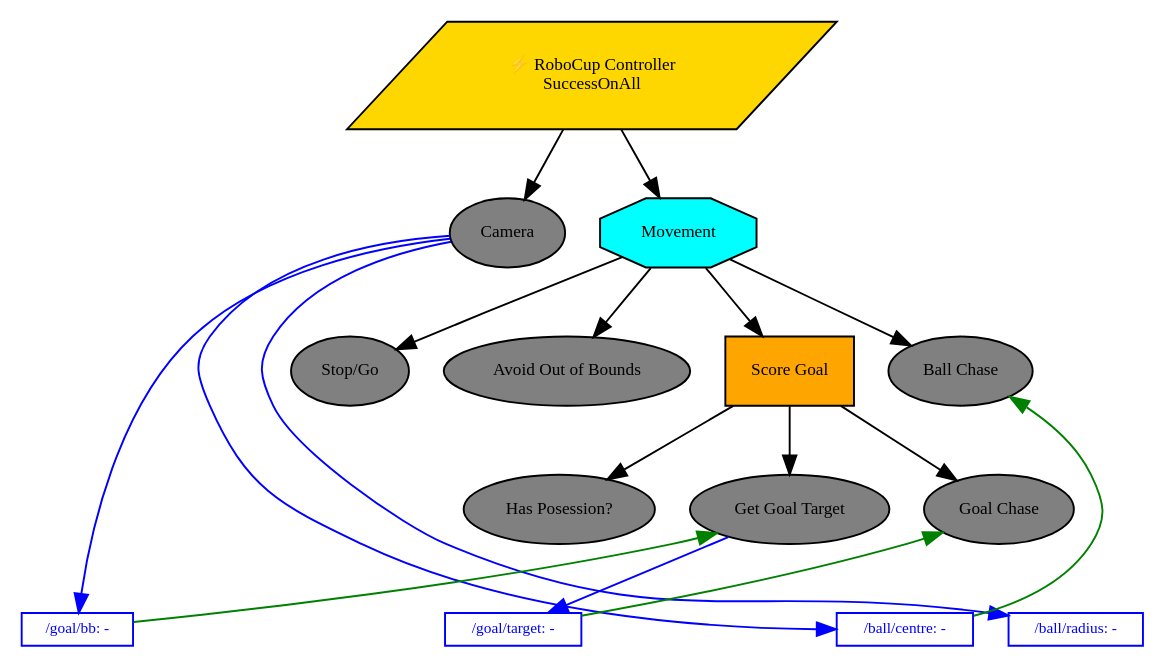
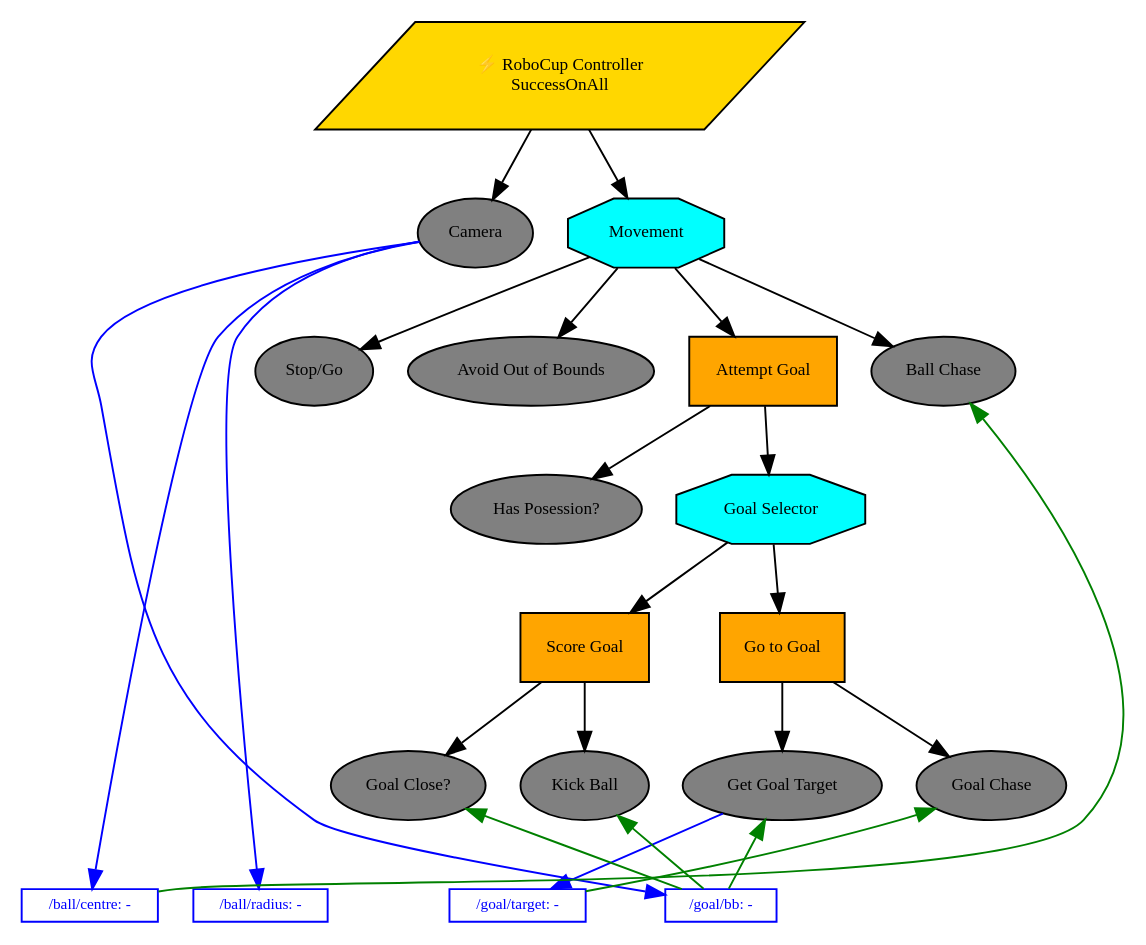
The diagram in controller/robocup_controller.dot (debater-coder/robocup-26), drawn with Graphviz before and after one commit. The commit also changed 5 other files, not shown here.

First line of the commit message:
feat: kick the ball when close to the goal

```diff
--- a/controller/robocup_controller.dot
+++ b/controller/robocup_controller.dot
@@ -1,41 +1,53 @@
 digraph pastafarianism {
 ordering=out;
 graph [fontname="times-roman"];
 node [fontname="times-roman"];
 edge [fontname="times-roman"];
 "RoboCup Controller" [label="⚡ RoboCup Controller\nSuccessOnAll", shape=parallelogram, style=filled, fillcolor=gold, fontsize=9, fontcolor=black];
 Camera [label=Camera, shape=ellipse, style=filled, fillcolor=gray, fontsize=9, fontcolor=black];
 "RoboCup Controller" -> Camera;
 Movement [label=Movement, shape=octagon, style=filled, fillcolor=cyan, fontsize=9, fontcolor=black];
 "RoboCup Controller" -> Movement;
 "Stop/Go" [label="Stop/Go", shape=ellipse, style=filled, fillcolor=gray, fontsize=9, fontcolor=black];
 Movement -> "Stop/Go";
 "Avoid Out of Bounds" [label="Avoid Out of Bounds", shape=ellipse, style=filled, fillcolor=gray, fontsize=9, fontcolor=black];
 Movement -> "Avoid Out of Bounds";
+"Attempt Goal" [label="Attempt Goal", shape=box, style=filled, fillcolor=orange, fontsize=9, fontcolor=black];
+Movement -> "Attempt Goal";
+"Has Posession?" [label="Has Posession?", shape=ellipse, style=filled, fillcolor=gray, fontsize=9, fontcolor=black];
+"Attempt Goal" -> "Has Posession?";
+"Goal Selector" [label="Goal Selector", shape=octagon, style=filled, fillcolor=cyan, fontsize=9, fontcolor=black];
+"Attempt Goal" -> "Goal Selector";
 "Score Goal" [label="Score Goal", shape=box, style=filled, fillcolor=orange, fontsize=9, fontcolor=black];
-Movement -> "Score Goal";
-"Has Posession?" [label="Has Posession?", shape=ellipse, style=filled, fillcolor=gray, fontsize=9, fontcolor=black];
-"Score Goal" -> "Has Posession?";
+"Goal Selector" -> "Score Goal";
+"Goal Close?" [label="Goal Close?", shape=ellipse, style=filled, fillcolor=gray, fontsize=9, fontcolor=black];
+"Score Goal" -> "Goal Close?";
+"Kick Ball" [label="Kick Ball", shape=ellipse, style=filled, fillcolor=gray, fontsize=9, fontcolor=black];
+"Score Goal" -> "Kick Ball";
+"Go to Goal" [label="Go to Goal", shape=box, style=filled, fillcolor=orange, fontsize=9, fontcolor=black];
+"Goal Selector" -> "Go to Goal";
 "Get Goal Target" [label="Get Goal Target", shape=ellipse, style=filled, fillcolor=gray, fontsize=9, fontcolor=black];
-"Score Goal" -> "Get Goal Target";
+"Go to Goal" -> "Get Goal Target";
 "Goal Chase" [label="Goal Chase", shape=ellipse, style=filled, fillcolor=gray, fontsize=9, fontcolor=black];
-"Score Goal" -> "Goal Chase";
+"Go to Goal" -> "Goal Chase";
 "Ball Chase" [label="Ball Chase", shape=ellipse, style=filled, fillcolor=gray, fontsize=9, fontcolor=black];
 Movement -> "Ball Chase";
+"/goal/target" -> "Goal Chase" [color=green, constraint=false, weight=0];
+"Get Goal Target" -> "/goal/target" [color=blue, constraint=false, weight=0];
+"/goal/bb" -> "Kick Ball" [color=green, constraint=false, weight=0];
 "/goal/bb" -> "Get Goal Target" [color=green, constraint=false, weight=0];
+"/goal/bb" -> "Goal Close?" [color=green, constraint=false, weight=0];
 Camera -> "/goal/bb" [color=blue, constraint=false, weight=0];
 "/ball/centre" -> "Ball Chase" [color=green, constraint=false, weight=0];
 Camera -> "/ball/centre" [color=blue, constraint=false, weight=0];
-"/goal/target" -> "Goal Chase" [color=green, constraint=false, weight=0];
-"Get Goal Target" -> "/goal/target" [color=blue, constraint=false, weight=0];
 Camera -> "/ball/radius" [color=blue, constraint=false, weight=0];
 subgraph Blackboard {
 id=Blackboard;
 label=Blackboard;
 rank=sink;
+"/goal/target" [label="/goal/target: -", shape=box, style=filled, color=blue, fillcolor=white, fontsize=8, fontcolor=blue, width=0, height=0, fixedsize=false];
 "/goal/bb" [label="/goal/bb: -", shape=box, style=filled, color=blue, fillcolor=white, fontsize=8, fontcolor=blue, width=0, height=0, fixedsize=false];
 "/ball/centre" [label="/ball/centre: -", shape=box, style=filled, color=blue, fillcolor=white, fontsize=8, fontcolor=blue, width=0, height=0, fixedsize=false];
-"/goal/target" [label="/goal/target: -", shape=box, style=filled, color=blue, fillcolor=white, fontsize=8, fontcolor=blue, width=0, height=0, fixedsize=false];
 "/ball/radius" [label="/ball/radius: -", shape=box, style=filled, color=blue, fillcolor=white, fontsize=8, fontcolor=blue, width=0, height=0, fixedsize=false];
 }
 }
```
